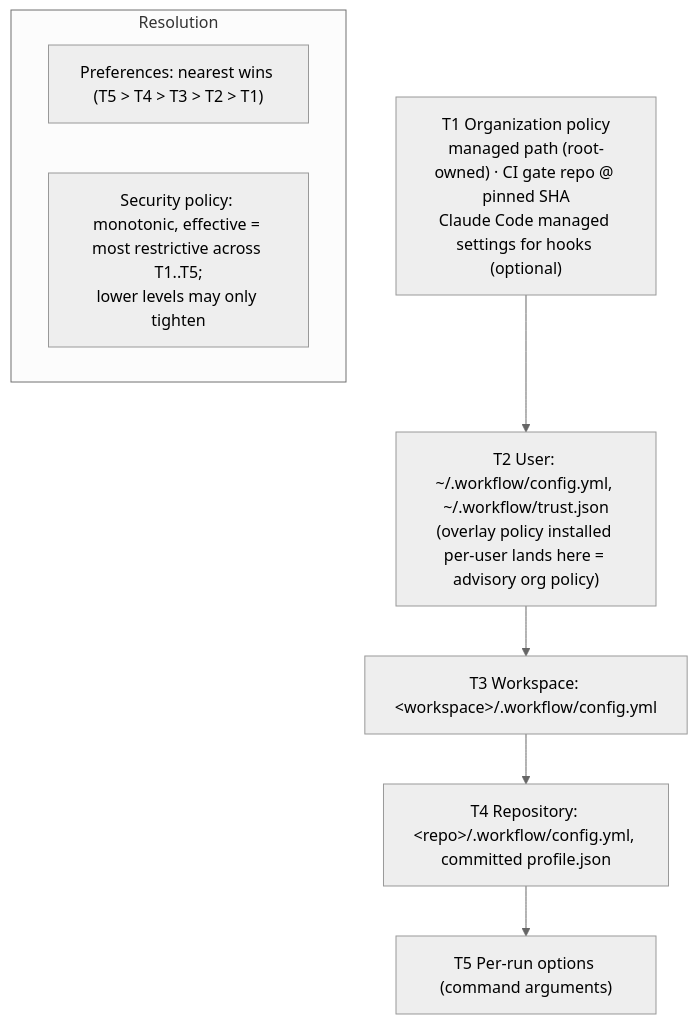
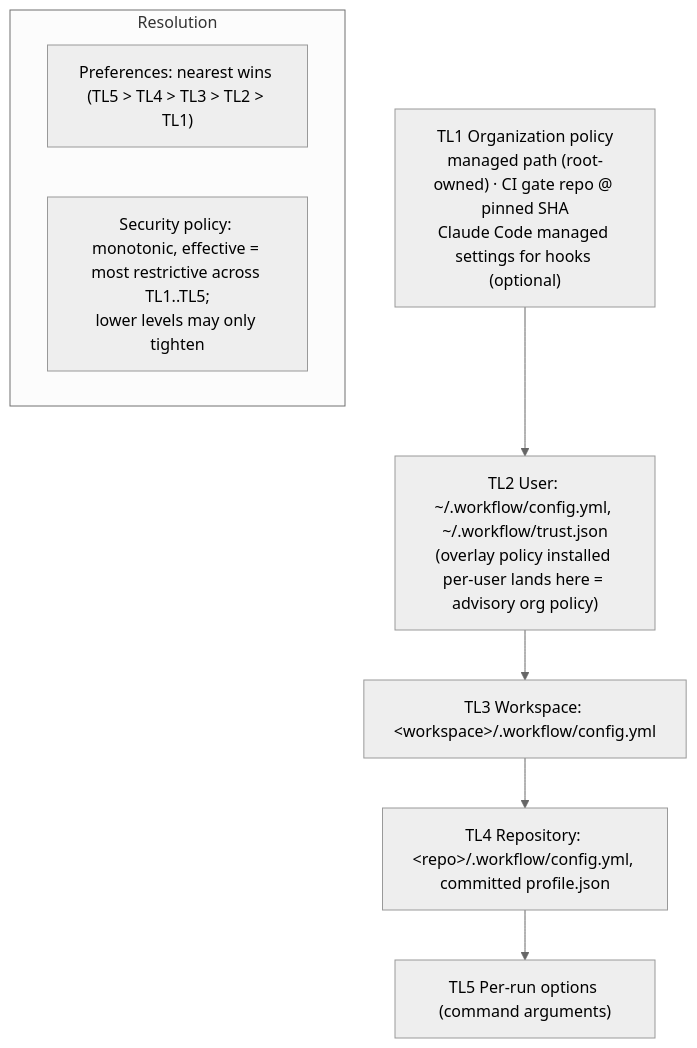
The fifth of 12 diagrams in docs/plans/daedalus-hardening-roadmap.md (iamjcabalejo/daedalus), drawn with Mermaid (neutral theme) before and after one commit. The commit also changed other lines of this file and 492 other files, not shown here.

````diff
--- a/docs/plans/daedalus-hardening-roadmap.md
+++ b/docs/plans/daedalus-hardening-roadmap.md
@@ -875,13 +899,13 @@
 ```mermaid
 flowchart TB
-  T1["T1 Organization policy<br/>managed path (root-owned) · CI gate repo @ pinned SHA<br/>Claude Code managed settings for hooks (optional)"]
-  T2["T2 User: ~/.workflow/config.yml, ~/.workflow/trust.json<br/>(overlay policy installed per-user lands here = advisory org policy)"]
-  T3["T3 Workspace: &lt;workspace&gt;/.workflow/config.yml"]
-  T4["T4 Repository: &lt;repo&gt;/.workflow/config.yml, committed profile.json"]
-  T5["T5 Per-run options (command arguments)"]
-  T1 --> T2 --> T3 --> T4 --> T5
+  TL1["TL1 Organization policy<br/>managed path (root-owned) · CI gate repo @ pinned SHA<br/>Claude Code managed settings for hooks (optional)"]
+  TL2["TL2 User: ~/.workflow/config.yml, ~/.workflow/trust.json<br/>(overlay policy installed per-user lands here = advisory org policy)"]
+  TL3["TL3 Workspace: &lt;workspace&gt;/.workflow/config.yml"]
+  TL4["TL4 Repository: &lt;repo&gt;/.workflow/config.yml, committed profile.json"]
+  TL5["TL5 Per-run options (command arguments)"]
+  TL1 --> TL2 --> TL3 --> TL4 --> TL5
   subgraph RULES["Resolution"]
-    PREF["Preferences: nearest wins (T5 > T4 > T3 > T2 > T1)"]
-    SEC["Security policy: monotonic, effective = most restrictive across T1..T5;<br/>lower levels may only tighten"]
+    PREF["Preferences: nearest wins (TL5 > TL4 > TL3 > TL2 > TL1)"]
+    SEC["Security policy: monotonic, effective = most restrictive across TL1..TL5;<br/>lower levels may only tighten"]
   end
 ```
````
